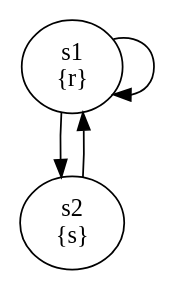
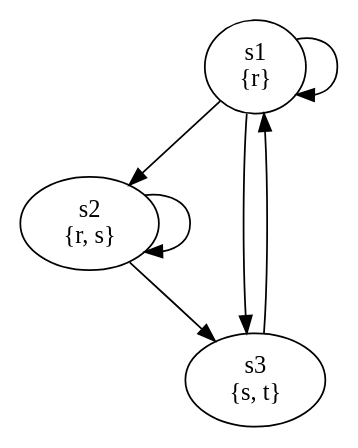
Before and after one commit to PedroVPP/modelcheck: the diagram in SSC5906ModelChecker/mef.dot, drawn with Graphviz. The commit also changed 22 other files, not shown here.

```diff
--- a/SSC5906ModelChecker/mef.dot
+++ b/SSC5906ModelChecker/mef.dot
@@ -1,7 +1,11 @@
 digraph mef {
 s1[ label= "s1\n{r}"]
 s1->s1
 s1->s2
-s2[ label= "s2\n{s}"]
-s2->s1
+s1->s3
+s2[ label= "s2\n{r, s}"]
+s2->s2
+s2->s3
+s3[ label= "s3\n{s, t}"]
+s3->s1
 node [shape = doublecircle]; s1;}
```
